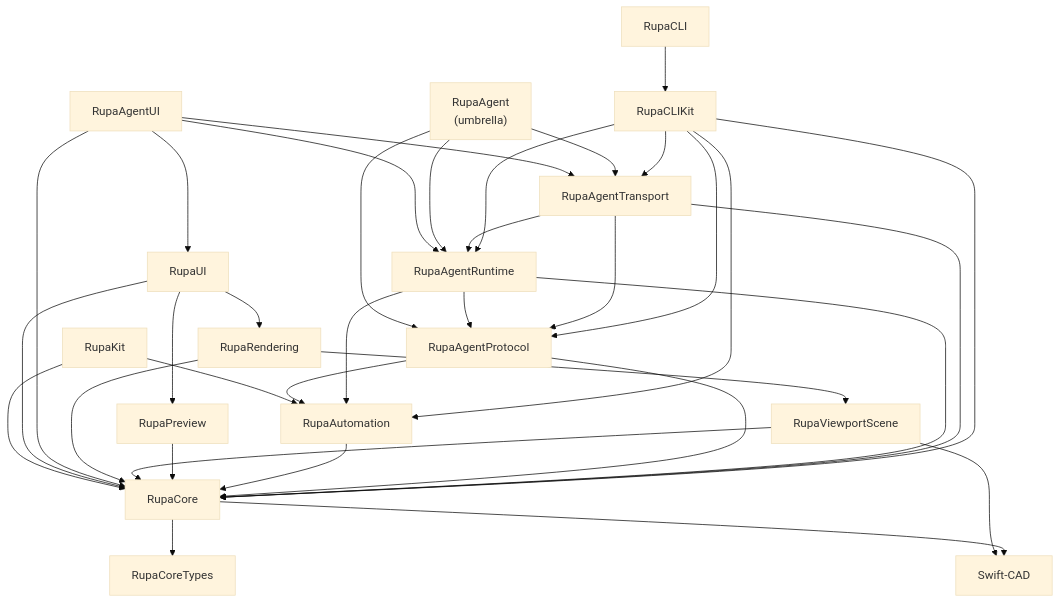
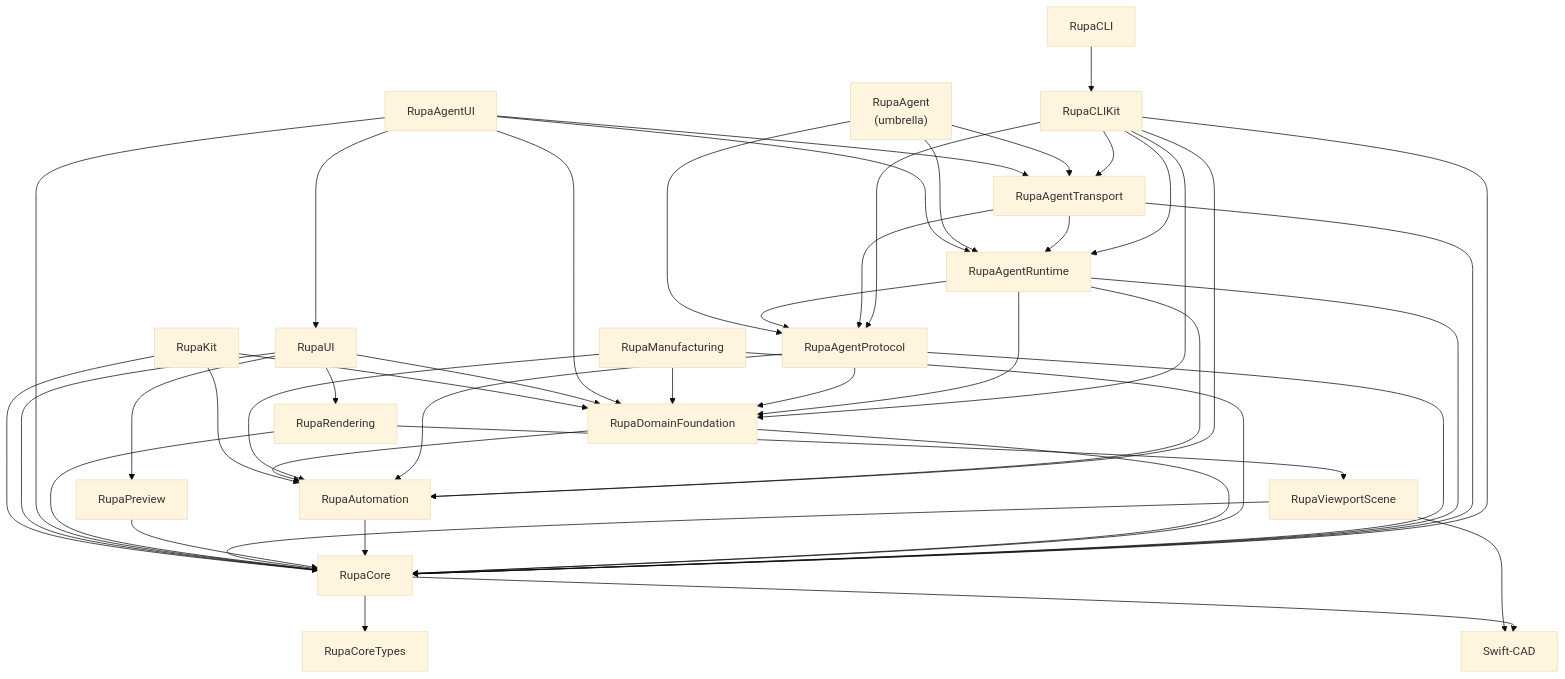
One commit to 1amageek/Rupa changed the third of 26 diagrams in Rupa/SPEC.md. Above: the diagram before and after it, drawn with Mermaid (base theme). The commit also changed other lines of this file and 447 other files, not shown here.

````diff
--- a/Rupa/SPEC.md
+++ b/Rupa/SPEC.md
@@ -282,44 +314,55 @@
 ```mermaid
 flowchart TD
     RupaKit["RupaKit"] --> RupaCore["RupaCore"]
     RupaKit --> RupaAutomation["RupaAutomation"]
+    RupaKit --> RupaDomainFoundation["RupaDomainFoundation"]
 
     RupaUI["RupaUI"] --> RupaCore
+    RupaUI --> RupaDomainFoundation
     RupaUI --> RupaRendering["RupaRendering"]
     RupaUI --> RupaPreview["RupaPreview"]
 
     RupaAgentUI["RupaAgentUI"] --> RupaUI
     RupaAgentUI --> RupaCore
+    RupaAgentUI --> RupaDomainFoundation
     RupaAgentUI --> RupaAgentRuntime
     RupaAgentUI --> RupaAgentTransport
 
     RupaRendering --> RupaCore
     RupaRendering --> RupaViewportScene["RupaViewportScene"]
     RupaViewportScene --> RupaCore
     RupaViewportScene --> SwiftCAD["Swift-CAD"]
     RupaPreview --> RupaCore
     RupaAutomation --> RupaCore
+    RupaDomainFoundation --> RupaCore
+    RupaDomainFoundation --> RupaAutomation
+    RupaManufacturing["RupaManufacturing"] --> RupaDomainFoundation
+    RupaManufacturing --> RupaAutomation
+    RupaManufacturing --> RupaCore
 
     RupaAgent["RupaAgent<br/>(umbrella)"] --> RupaAgentProtocol["RupaAgentProtocol"]
     RupaAgent --> RupaAgentRuntime["RupaAgentRuntime"]
     RupaAgent --> RupaAgentTransport["RupaAgentTransport"]
 
     RupaAgentProtocol --> RupaCore
     RupaAgentProtocol --> RupaAutomation
+    RupaAgentProtocol --> RupaDomainFoundation
     RupaAgentRuntime --> RupaCore
     RupaAgentRuntime --> RupaAutomation
+    RupaAgentRuntime --> RupaDomainFoundation
     RupaAgentRuntime --> RupaAgentProtocol
     RupaAgentTransport --> RupaCore
     RupaAgentTransport --> RupaAgentProtocol
     RupaAgentTransport --> RupaAgentRuntime
 
     RupaCLI["RupaCLI"] --> RupaCLIKit["RupaCLIKit"]
     RupaCLIKit --> RupaCore
     RupaCLIKit --> RupaAutomation
+    RupaCLIKit --> RupaDomainFoundation
     RupaCLIKit --> RupaAgentProtocol
     RupaCLIKit --> RupaAgentRuntime
     RupaCLIKit --> RupaAgentTransport
 
     RupaCore --> RupaCoreTypes["RupaCoreTypes"]
     RupaCore --> SwiftCAD
 ```
````
